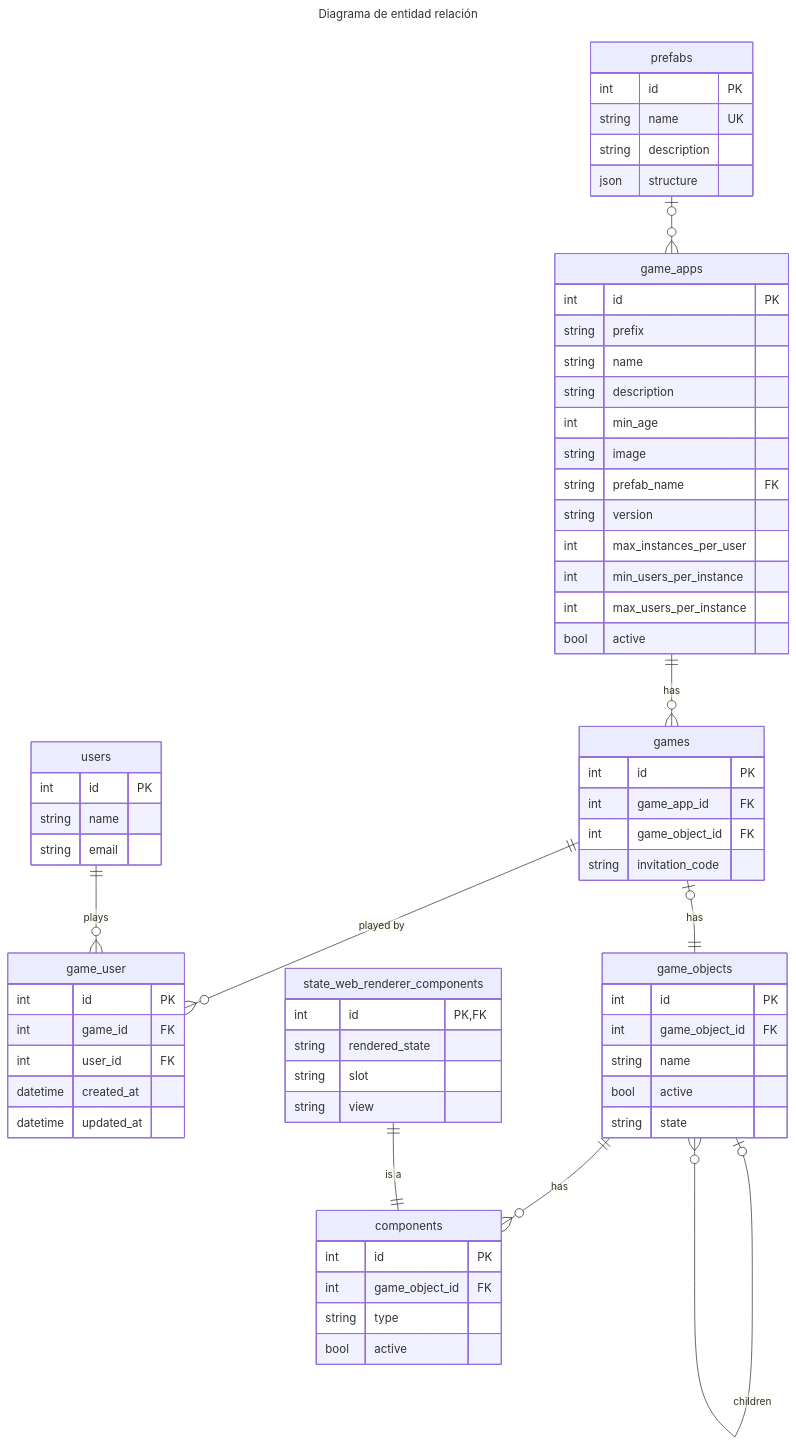
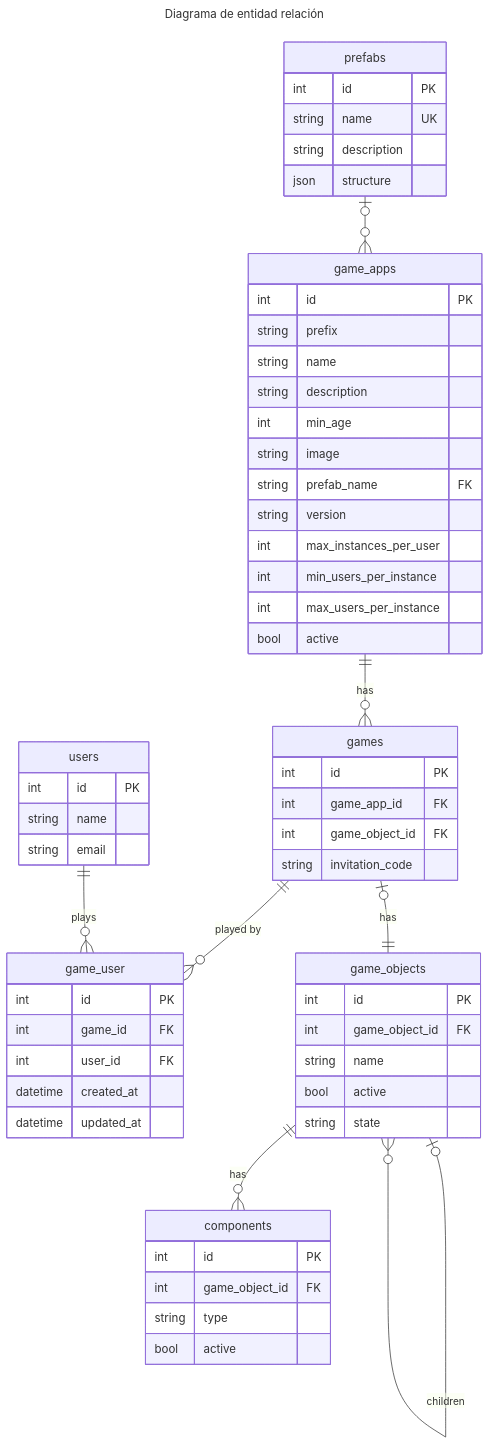
Before and after one commit to eormeno/base-project: the second of 2 diagrams in docs/class_diagrams.md, drawn with Mermaid. The commit also changed other lines of this file, not shown here.

````diff
--- a/docs/class_diagrams.md
+++ b/docs/class_diagrams.md
@@ -64,79 +63,71 @@
 ```mermaid
 ---
 title: Diagrama de entidad relación
 ---
 erDiagram
     game_apps ||--o{ games : "has"
     games ||--o{ game_user : "played by"
     game_objects ||--o{ components : "has"
     game_objects one or zero -- zero or many game_objects : "children"
     prefabs one or zero --o{ game_apps : ""
     users ||--o{ game_user : "plays"
     games one or zero -- 1 game_objects : "has"
-    state_web_renderer_components ||--|| components : "is a"
 
     game_apps {
         int id PK
         string prefix
         string name
         string description
         int min_age
         string image
         string prefab_name FK
         string version
         int max_instances_per_user
         int min_users_per_instance
         int max_users_per_instance
         bool active
     }
 
     games {
         int id PK
         int game_app_id FK
         int game_object_id FK
         string invitation_code
     }
 
     game_user {
         int id PK
         int game_id FK
         int user_id FK
         datetime created_at
         datetime updated_at
     }
 
     prefabs {
         int id PK
         string name UK
         string description
         json structure
     }
 
     game_objects {
         int id PK
         int game_object_id FK
         string name
         bool active
         string state
     }
 
     components {
         int id PK
         int game_object_id FK
         string type
         bool active
     }
 
     users {
         int id PK
         string name
         string email
     }
-
-    state_web_renderer_components {
-        int id PK,FK
-        string rendered_state
-        string slot
-        string view
-    }
 ```
````
